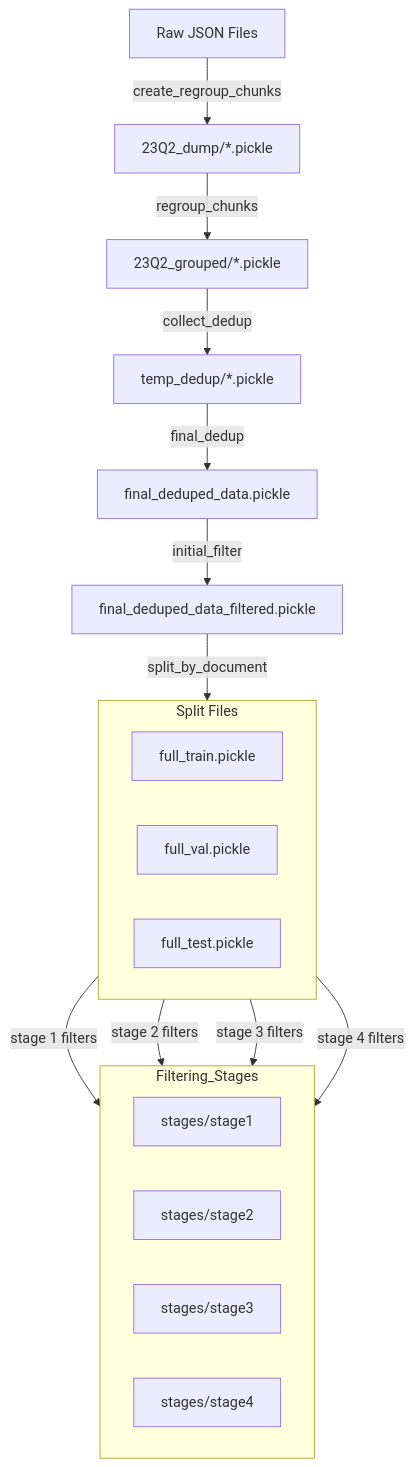
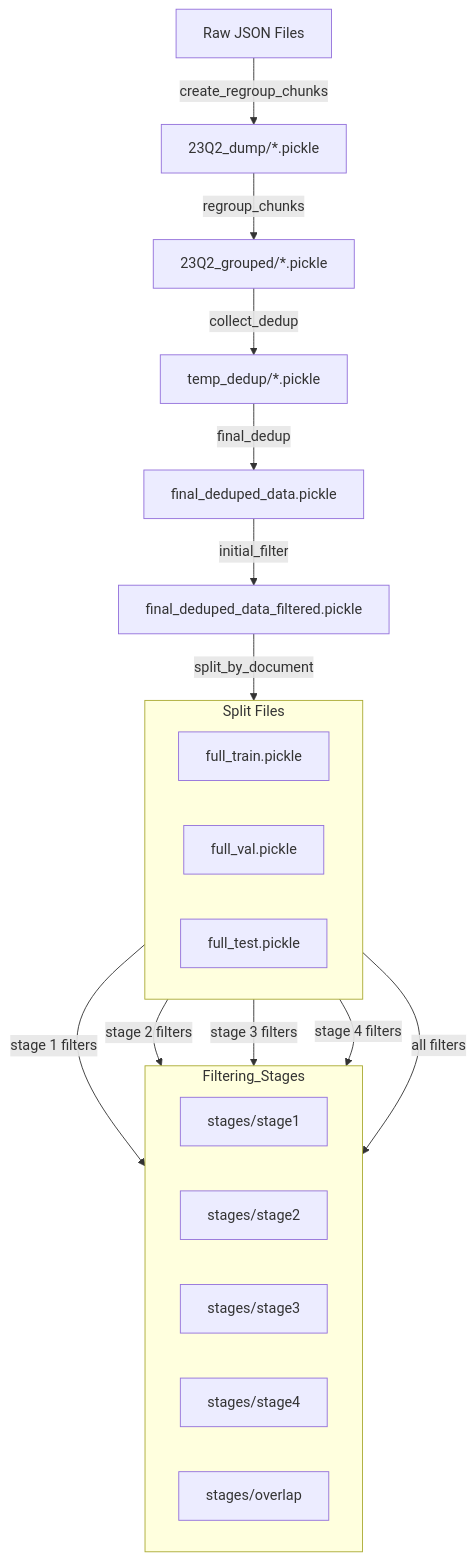
The diagram in src/quarc/preprocessing/documentation.md (coleygroup/quarc), drawn with Mermaid before and after one commit. The commit also changed other lines of this file and 34 other files, not shown here.

````diff
--- a/src/quarc/preprocessing/documentation.md
+++ b/src/quarc/preprocessing/documentation.md
@@ -208,30 +242,32 @@
 ```mermaid
 graph TD
     A[Raw JSON Files] -->|create_regroup_chunks| B[23Q2_dump/*.pickle]
     B -->|regroup_chunks| C[23Q2_grouped/*.pickle]
     C -->|collect_dedup| D[temp_dedup/*.pickle]
     D -->|final_dedup| E[final_deduped_data.pickle]
     E -->|initial_filter| F[final_deduped_data_filtered.pickle]
 
     F -->|split_by_document| splits
 
     subgraph splits[Split Files]
         G1[full_train.pickle]
         G2[full_val.pickle]
         G3[full_test.pickle]
     end
 
     subgraph Filtering_Stages
         direction LR
         H1[stages/stage1]
         H2[stages/stage2]
         H3[stages/stage3]
         H4[stages/stage4]
+        H5[stages/overlap]
     end
 
     splits -->|stage 1 filters| H1
     splits -->|stage 2 filters| H2
     splits -->|stage 3 filters| H3
     splits -->|stage 4 filters| H4
+    splits -->|all filters| H5
 
 ```
````
